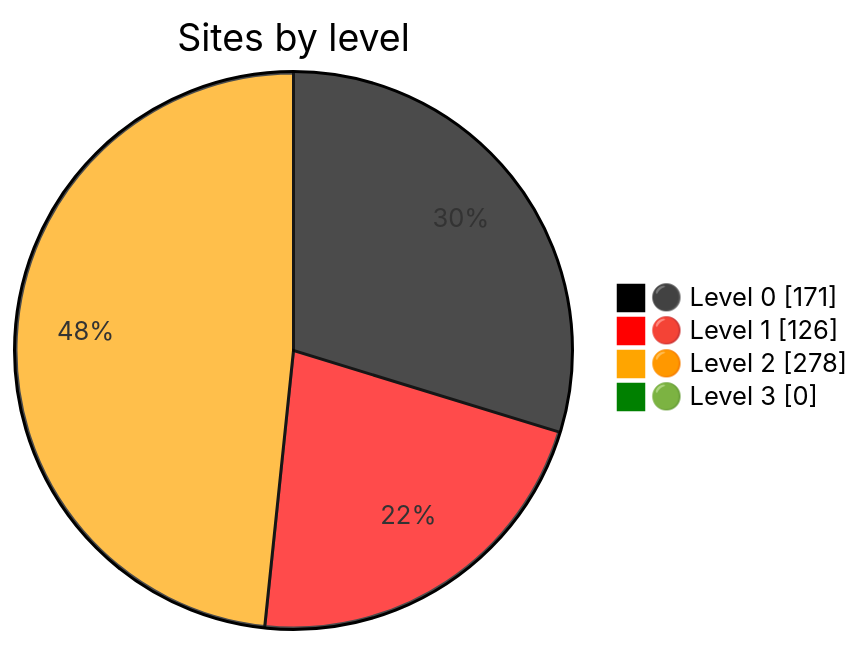
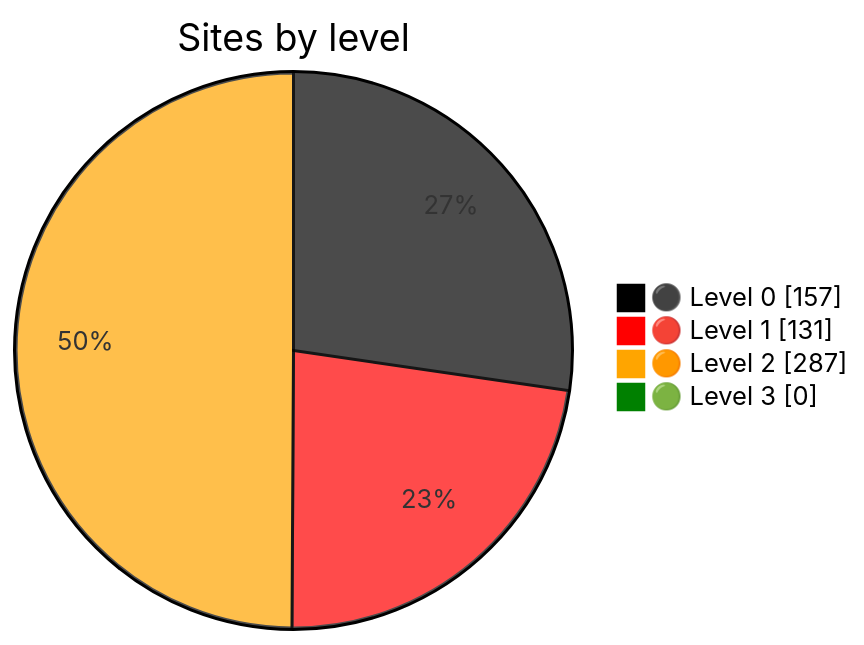
Before and after one commit to nuuuwan/gov_lk_web_auditor: the diagram in README.md, drawn with Mermaid. The commit also changed other lines of this file and 2607 other files, not shown here.

````diff
--- a/README.md
+++ b/README.md
@@ -24,9 +24,9 @@
 ```mermaid
 %%{init: {"themeVariables":{"pie1":"black","pie2":"red","pie3":"orange","pie4":"green"}}}%%
 pie showData
     title Sites by level
-    "⚫ Level 0" : 171
-    "🔴 Level 1" : 126
-    "🟠 Level 2" : 278
+    "⚫ Level 0" : 157
+    "🔴 Level 1" : 131
+    "🟠 Level 2" : 287
     "🟢 Level 3" : 0
 ```
````
